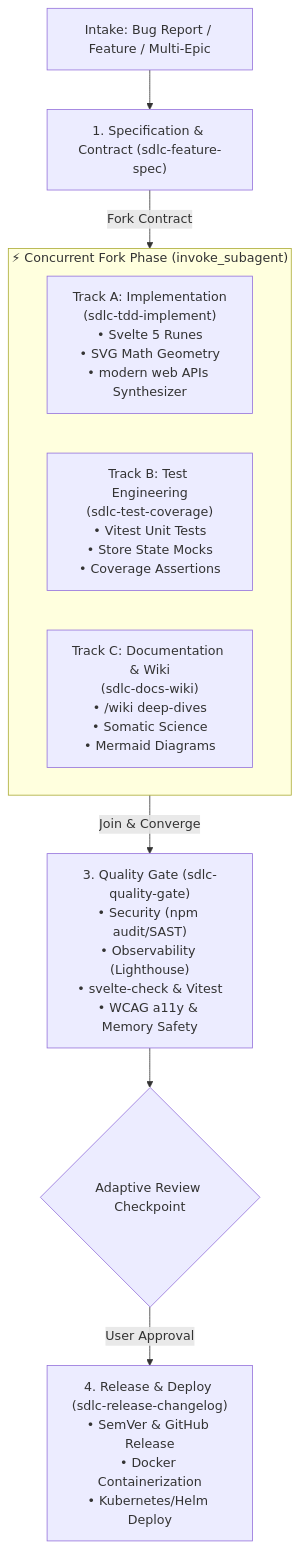
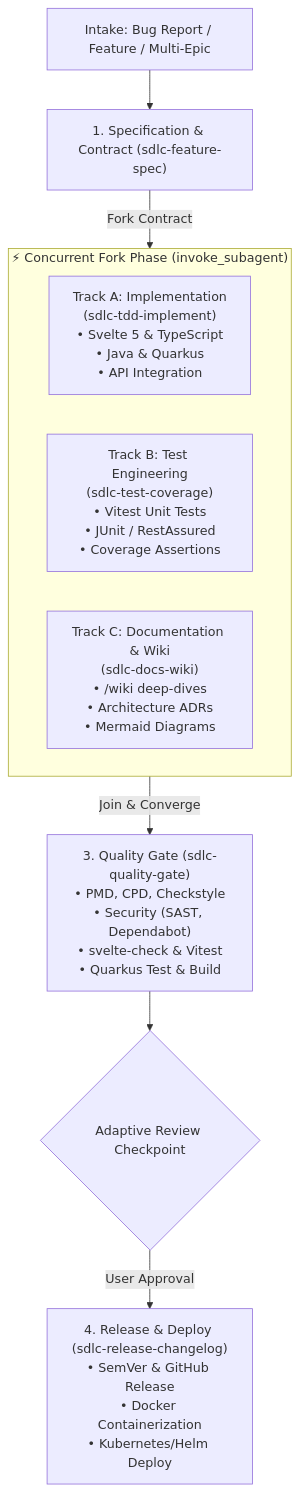
One commit to fmatar/sealit changed the diagram in .agent/skills/sdlc-flow/SKILL.md. Above: the diagram before and after it, drawn with Mermaid. The commit also changed other lines of this file and 1 other file, not shown here.

Commit message:
feat(quality-gate): add Quarkus, PMD, Checkstyle, and CPD to SDLC flow

````diff
--- a/.agent/skills/sdlc-flow/SKILL.md
+++ b/.agent/skills/sdlc-flow/SKILL.md
@@ -18,17 +18,17 @@
 ```mermaid
 flowchart TD
     Trigger["Intake: Bug Report / Feature / Multi-Epic"] --> S1["1. Specification & Contract (sdlc-feature-spec)"]
     
     subgraph ParallelFork ["⚡ Concurrent Fork Phase (invoke_subagent)"]
         direction LR
-        T1["Track A: Implementation\n(sdlc-tdd-implement)\n• Svelte 5 Runes\n• SVG Math Geometry\n• modern web APIs Synthesizer"]
-        T2["Track B: Test Engineering\n(sdlc-test-coverage)\n• Vitest Unit Tests\n• Store State Mocks\n• Coverage Assertions"]
-        T3["Track C: Documentation & Wiki\n(sdlc-docs-wiki)\n• /wiki deep-dives\n• Somatic Science\n• Mermaid Diagrams"]
+        T1["Track A: Implementation\n(sdlc-tdd-implement)\n• Svelte 5 & TypeScript\n• Java & Quarkus\n• API Integration"]
+        T2["Track B: Test Engineering\n(sdlc-test-coverage)\n• Vitest Unit Tests\n• JUnit / RestAssured\n• Coverage Assertions"]
+        T3["Track C: Documentation & Wiki\n(sdlc-docs-wiki)\n• /wiki deep-dives\n• Architecture ADRs\n• Mermaid Diagrams"]
     end
     
     S1 -->|Fork Contract| ParallelFork
-    ParallelFork -->|Join & Converge| S4["3. Quality Gate (sdlc-quality-gate)\n• Security (npm audit/SAST)\n• Observability (Lighthouse)\n• svelte-check & Vitest\n• WCAG a11y & Memory Safety"]
+    ParallelFork -->|Join & Converge| S4["3. Quality Gate (sdlc-quality-gate)\n• PMD, CPD, Checkstyle\n• Security (SAST, Dependabot)\n• svelte-check & Vitest\n• Quarkus Test & Build"]
     
     S4 --> Checkpoint{"Adaptive Review Checkpoint"}
     Checkpoint -->|User Approval| S5["4. Release & Deploy (sdlc-release-changelog)\n• SemVer & GitHub Release\n• Docker Containerization\n• Kubernetes/Helm Deploy"]
 ```
````
